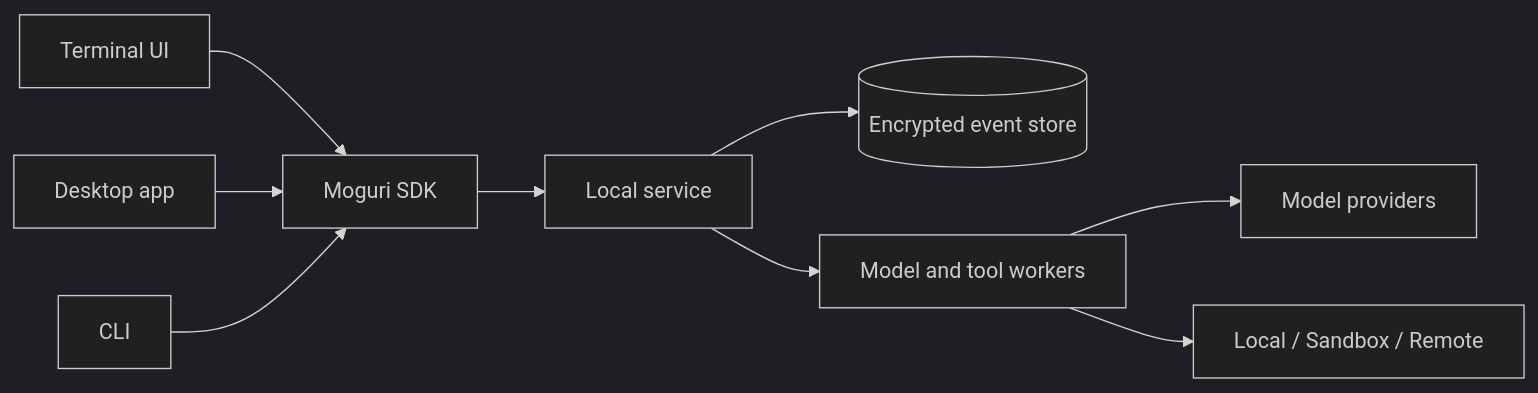
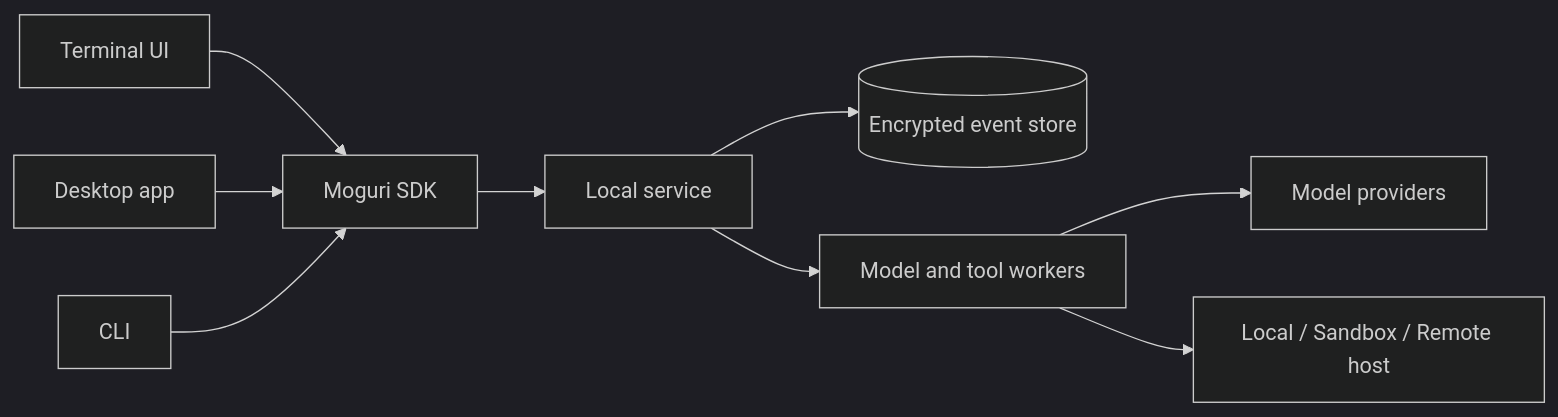
One commit to moguri-dev/moguri-sdk changed the diagram in README.md. Above: the diagram before and after it, drawn with Mermaid (dark theme). The commit also changed other lines of this file and 69 other files, not shown here.

````diff
--- a/README.md
+++ b/README.md
@@ -87,11 +87,11 @@
 ```mermaid
 flowchart LR
   TUI[Terminal UI] --> SDK
   Desktop[Desktop app] --> SDK
   CLI[CLI] --> SDK
   SDK[Moguri SDK] --> Service[Local service]
   Service --> Store[(Encrypted event store)]
   Service --> Workers[Model and tool workers]
   Workers --> Providers[Model providers]
-  Workers --> Envs[Local / Sandbox / Remote]
+  Workers --> Envs[Local / Sandbox / Remote host]
 ```
````
